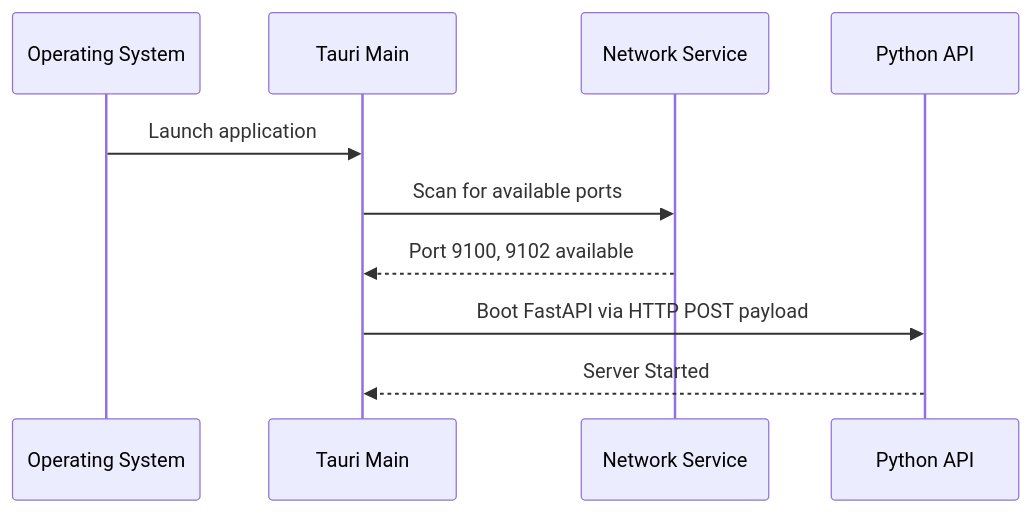
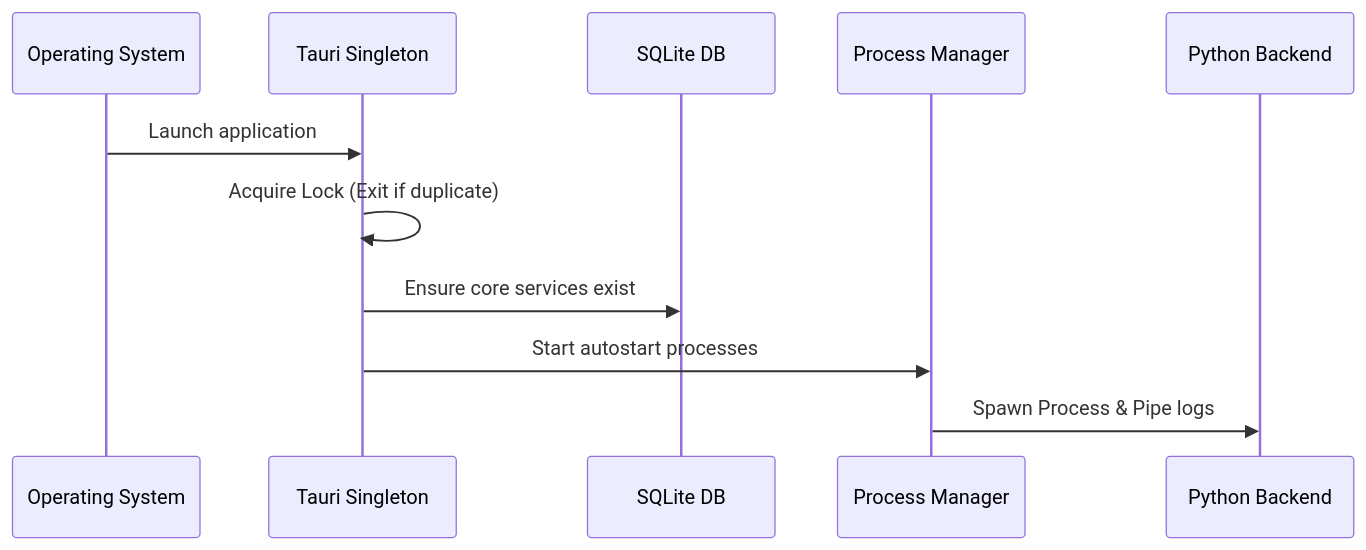
One commit to Psyborgs-git/Vloop-harness changed the first of 11 diagrams in docs/COMPONENTS.md. Above: the diagram before and after it, drawn with Mermaid. The commit also changed other lines of this file and 50 other files, not shown here.

Commit message:
feat: implement gRPC EnvironmentManager service and database persistence for managing execution environments

````diff
--- a/docs/COMPONENTS.md
+++ b/docs/COMPONENTS.md
@@ -11,13 +11,14 @@
 ```mermaid
 sequenceDiagram
     participant OS as Operating System
-    participant Tauri as Tauri Main
-    participant Network as Network Service
-    participant API as Python API
+    participant Tauri as Tauri Singleton
+    participant DB as SQLite DB
+    participant ProcMgr as Process Manager
+    participant Python as Python Backend
 
     OS->>Tauri: Launch application
-    Tauri->>Network: Scan for available ports
-    Network-->>Tauri: Port 9100, 9102 available
-    Tauri->>API: Boot FastAPI via HTTP POST payload
-    API-->>Tauri: Server Started
+    Tauri->>Tauri: Acquire Lock (Exit if duplicate)
+    Tauri->>DB: Ensure core services exist
+    Tauri->>ProcMgr: Start autostart processes
+    ProcMgr->>Python: Spawn Process & Pipe logs
 ```
````
